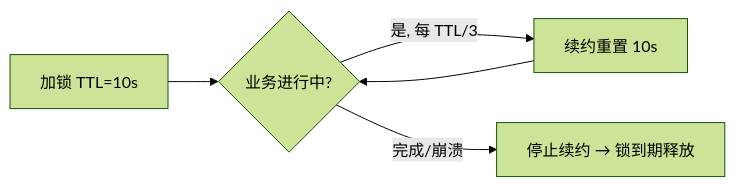
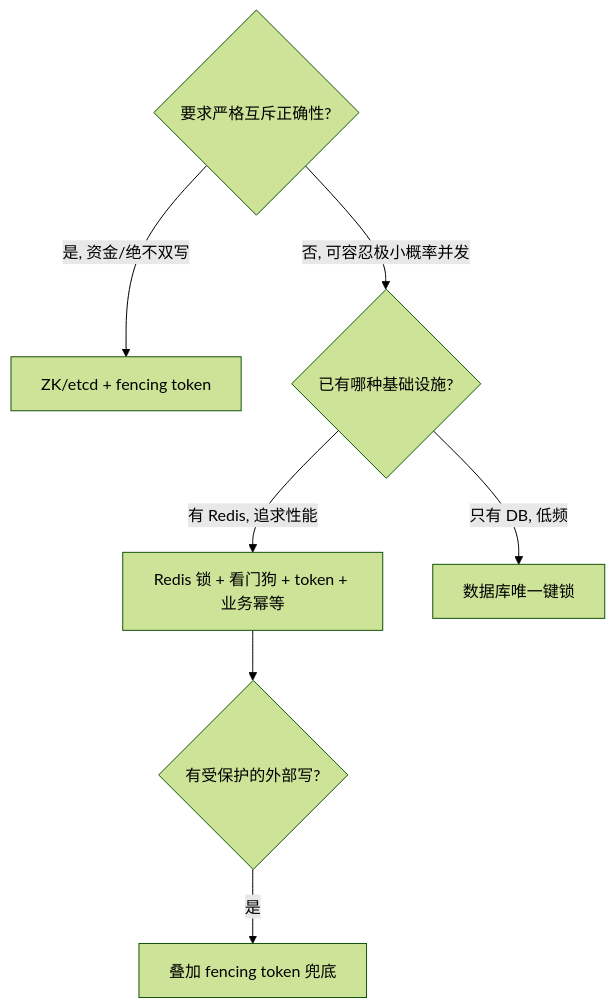
Before and after one commit to zhangqian-silk/computer-science: the second of 2 diagrams in system_design/components/distributed_lock/distributed_lock.md, drawn with Mermaid (forest theme). The commit also changed other lines of this file and 34 other files, not shown here.

````diff
--- a/system_design/components/distributed_lock/distributed_lock.md
+++ b/system_design/components/distributed_lock/distributed_lock.md
@@ -69,6 +249,9 @@
 ```mermaid
-flowchart LR
-	L[加锁 TTL=10s] --> W{业务进行中?}
-	W -->|是, 每 TTL/3| R[续约重置 10s] --> W
-	W -->|完成/崩溃| E[停止续约 → 锁到期释放]
+flowchart TD
+	A{要求严格互斥正确性?} -->|是, 资金/绝不双写| Z[ZK/etcd + fencing token]
+	A -->|否, 可容忍极小概率并发| B{已有哪种基础设施?}
+	B -->|有 Redis, 追求性能| R[Redis 锁 + 看门狗 + token + 业务幂等]
+	B -->|只有 DB, 低频| D[数据库唯一键锁]
+	R --> F{有受保护的外部写?}
+	F -->|是| FT[叠加 fencing token 兜底]
 ```
````
